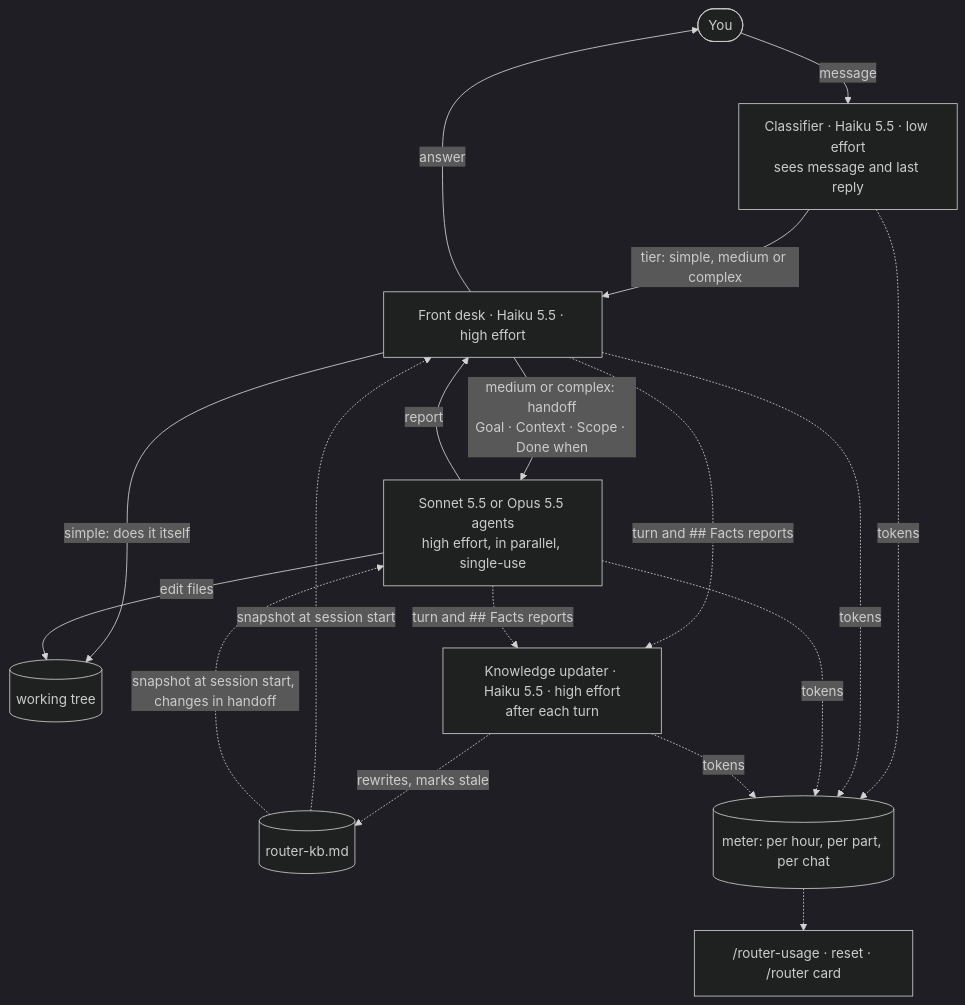
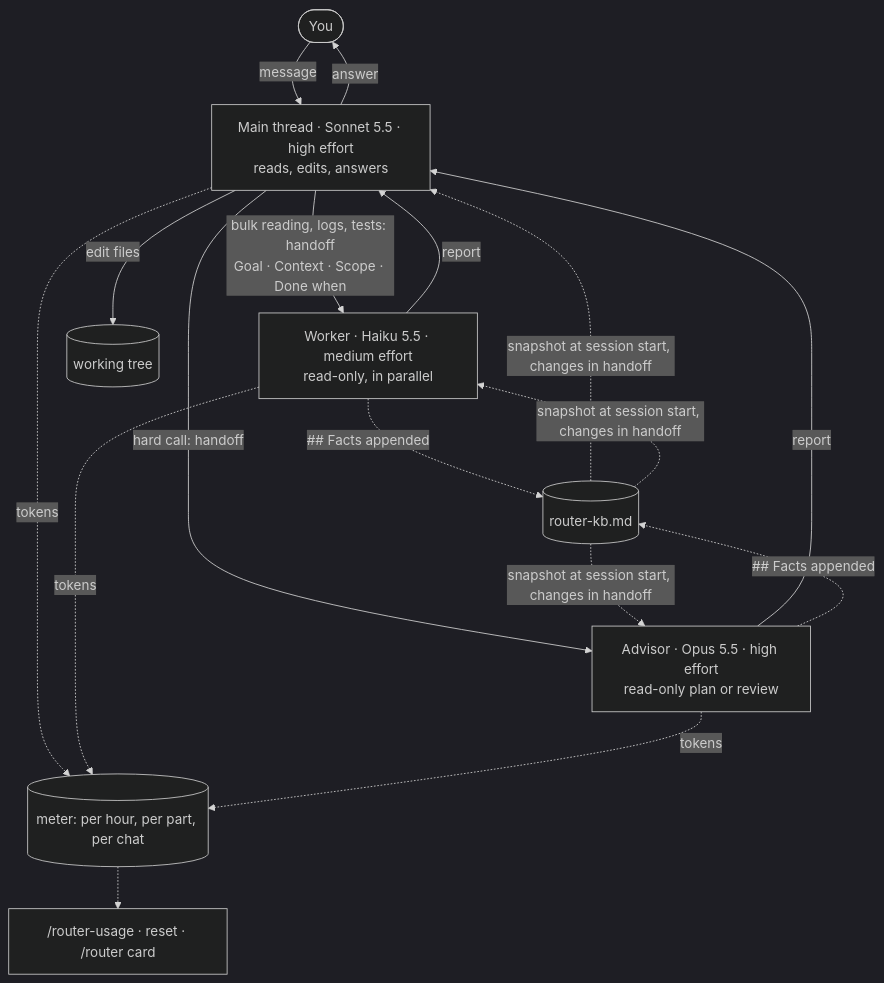
Before and after one commit to AndreaScotti01/claude_router: the diagram in README.md, drawn with Mermaid (dark theme). The commit also changed other lines of this file and 4 other files, not shown here.

````diff
--- a/README.md
+++ b/README.md
@@ -145,16 +139,16 @@
 ```mermaid
 flowchart TD
-    U([You]) -->|message| K["Classifier · Haiku 5.5 · low effort<br/>sees message and last reply"]
-    K -->|"tier: simple, medium or complex"| F["Front desk · Haiku 5.5 · high effort"]
-    F -->|simple: does it itself| W[("working tree")]
-    F -->|"medium or complex: handoff<br/>Goal · Context · Scope · Done when"| A["Sonnet 5.5 or Opus 5.5 agents<br/>high effort, in parallel, single-use"]
-    A -->|edit files| W
-    A -->|report| F
-    F -->|answer| U
-    KB[("router-kb.md")] -.->|"snapshot at session start"| F
+    U([You]) -->|message| M["Main thread · Sonnet 5.5 · high effort<br/>reads, edits, answers"]
+    M -->|"bulk reading, logs, tests: handoff<br/>Goal · Context · Scope · Done when"| W["Worker · Haiku 5.5 · medium effort<br/>read-only, in parallel"]
+    M -->|"hard call: handoff"| A["Advisor · Opus 5.5 · high effort<br/>read-only plan or review"]
+    W -->|report| M
+    A -->|report| M
+    M -->|edit files| T[("working tree")]
+    M -->|answer| U
+    KB[("router-kb.md")] -.->|"snapshot at session start, changes in handoff"| M
+    KB -.->|"snapshot at session start, changes in handoff"| W
     KB -.->|"snapshot at session start, changes in handoff"| A
-    F & A -.->|"turn and ## Facts reports"| T["Knowledge updater · Haiku 5.5 · high effort<br/>after each turn"]
-    T -.->|"rewrites, marks stale"| KB
-    K & F & A & T -.->|tokens| M[("meter: per hour, per part, per chat")]
-    M -.-> S["/router-usage · reset · /router card"]
+    W & A -.->|"## Facts appended"| KB
+    M & W & A -.->|tokens| X[("meter: per hour, per part, per chat")]
+    X -.-> S["/router-usage · reset · /router card"]
 ```
````
